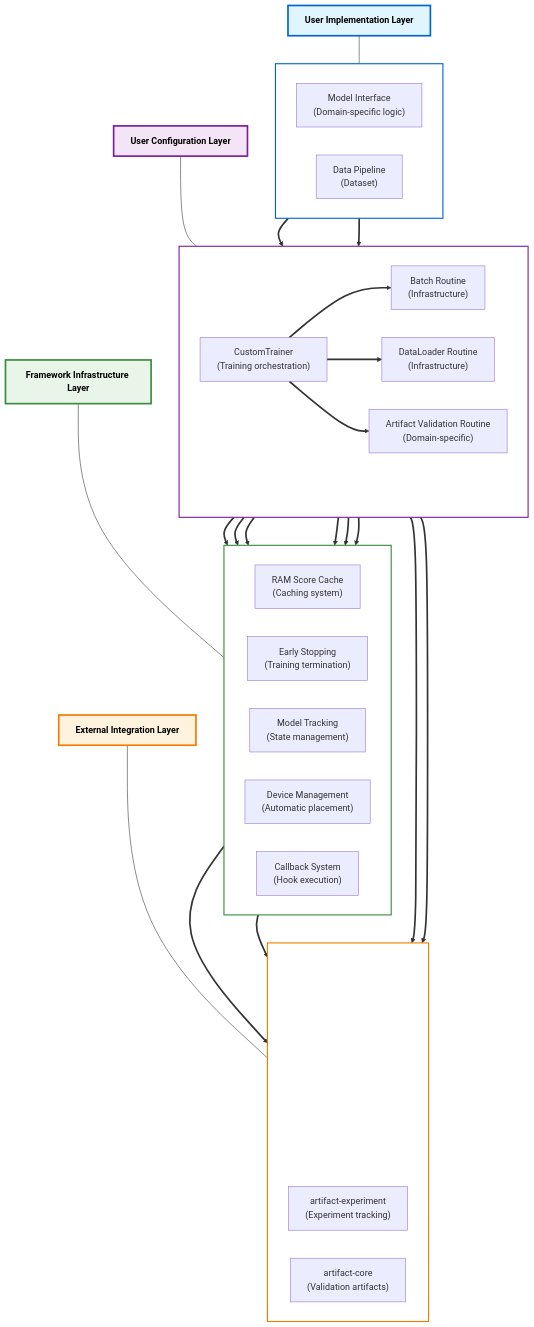
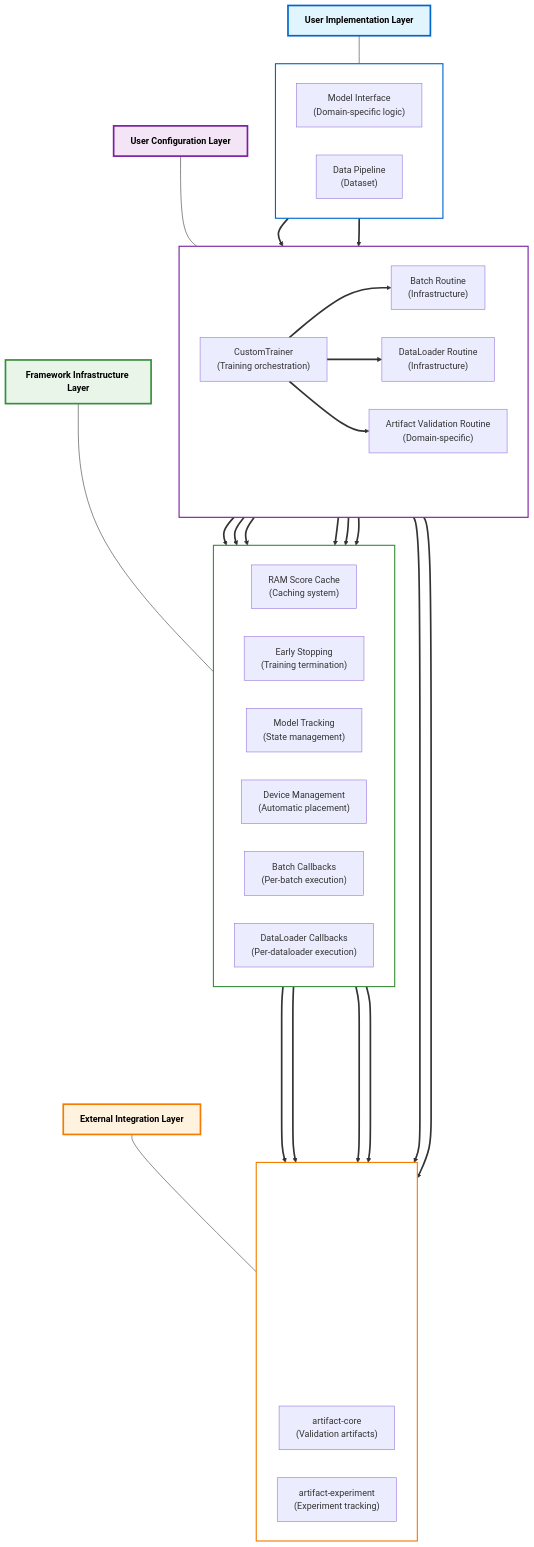
The diagram in artifact-torch/README.md (vasileios-ektor-papoulias/artifact-ml), drawn with Mermaid before and after one commit.

Commit message:
vertical spacing

````diff
--- a/artifact-torch/README.md
+++ b/artifact-torch/README.md
@@ -36,6 +36,11 @@
     ConfigLabel["<b>User Configuration Layer</b>"]
     InfraLabel["<b>Framework Infrastructure Layer</b>"]
     ExternalLabel["<b>External Integration Layer</b>"]
+    
+    %% Vertical spacing elements
+    VerticalSpacer1[" "]
+    VerticalSpacer2[" "]
+    VerticalSpacer3[" "]
     
     %% Layer groupings with better horizontal distribution
     subgraph impl [" "]
@@ -59,7 +64,8 @@
         EarlyStopping["Early Stopping<br/>(Training termination)"]
         ModelTracking["Model Tracking<br/>(State management)"]
         Device["Device Management<br/>(Automatic placement)"]
-        Callbacks["Callback System<br/>(Hook execution)"]
+        BatchCallbacks["Batch Callbacks<br/>(Per-batch execution)"]
+        DataLoaderCallbacks["DataLoader Callbacks<br/>(Per-dataloader execution)"]
     end
     
     subgraph external [" "]
@@ -69,8 +75,8 @@
         ExternalSpacer3[" "]
         ExternalSpacer4[" "]
         ExternalSpacer5[" "]
+        ArtifactCore["artifact-core<br/>(Validation artifacts)"]
         ArtifactExp["artifact-experiment<br/>(Experiment tracking)"]
-        ArtifactCore["artifact-core<br/>(Validation artifacts)"]
     end
     
     %% Component connections with optimal ordering
@@ -89,17 +95,19 @@
     Trainer --> DataLoaderRoutine
     Trainer --> ArtifactRoutine
     
-    %% Infrastructure routines to Callback System
-    BatchRoutine --> Callbacks
-    DataLoaderRoutine --> Callbacks
+    %% Infrastructure routines to specific Callback types
+    BatchRoutine --> BatchCallbacks
+    DataLoaderRoutine --> DataLoaderCallbacks
     
     %% Domain-specific routine to External (direct integration)
     ArtifactRoutine --> ArtifactCore
     ArtifactRoutine --> ArtifactExp
     
-    %% Infrastructure to External (other framework needs)
-    Callbacks --> ArtifactCore
-    Callbacks --> ArtifactExp
+    %% Callback systems to External (framework needs)
+    BatchCallbacks --> ArtifactCore
+    BatchCallbacks --> ArtifactExp
+    DataLoaderCallbacks --> ArtifactCore
+    DataLoaderCallbacks --> ArtifactExp
     
     %% Style layer labels with positioning
     style ImplLabel fill:#e1f5fe,stroke:#0066cc,stroke-width:3px,color:#000000
@@ -113,7 +121,7 @@
     style infra fill:#ffffff,stroke:#388e3c,stroke-width:2px
     style external fill:#ffffff,stroke:#f57c00,stroke-width:2px
     
-    %% Clean vertical spacing only
+    %% Clean vertical spacing with extra space for external layer
     ImplLabel --- impl
     ConfigLabel --- config  
     InfraLabel --- infra
@@ -121,7 +129,10 @@
     
     impl ~~~ config
     config ~~~ infra
-    infra ~~~ external
+    infra ~~~ VerticalSpacer1
+    VerticalSpacer1 ~~~ VerticalSpacer2
+    VerticalSpacer2 ~~~ VerticalSpacer3
+    VerticalSpacer3 ~~~ external
     
     %% Make all component arrows thicker
     linkStyle 0 stroke-width:3px
@@ -139,6 +150,8 @@
     linkStyle 12 stroke-width:3px
     linkStyle 13 stroke-width:3px
     linkStyle 14 stroke-width:3px
+    linkStyle 15 stroke-width:3px
+    linkStyle 16 stroke-width:3px
     
     %% Hide spacers
     style ExternalSpacer1 fill:transparent,stroke:transparent
@@ -147,4 +160,7 @@
     style ExternalSpacer4 fill:transparent,stroke:transparent
     style ExternalSpacer5 fill:transparent,stroke:transparent
     style ConfigSpacer fill:transparent,stroke:transparent
+    style VerticalSpacer1 fill:transparent,stroke:transparent
+    style VerticalSpacer2 fill:transparent,stroke:transparent
+    style VerticalSpacer3 fill:transparent,stroke:transparent
 ```
````
